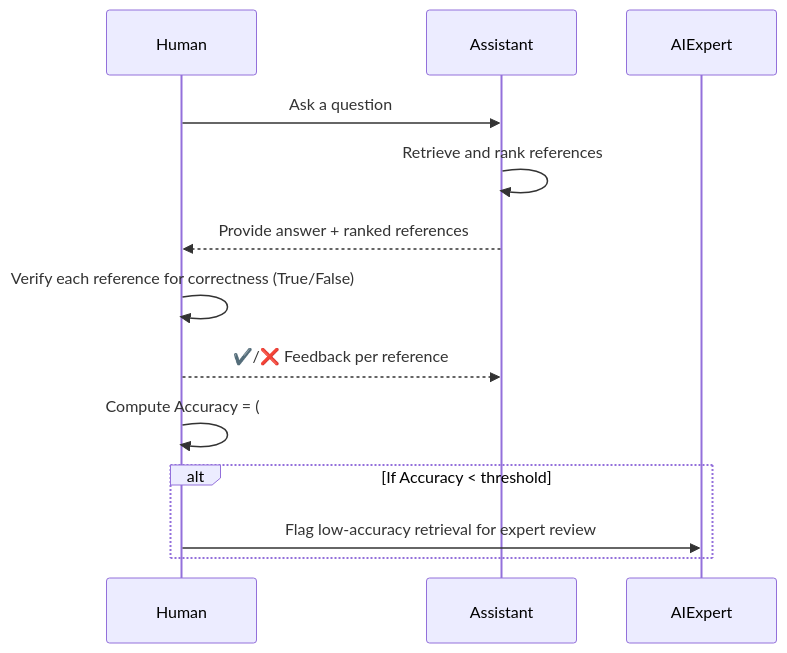
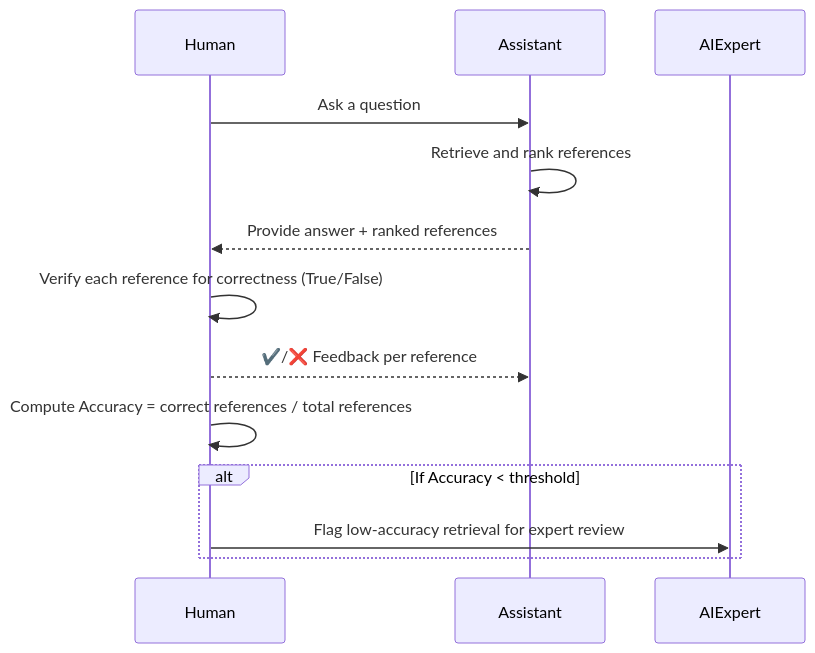
Before and after one commit to anhttmle/anhttmle.github.io: the third of 3 diagrams in _draft/C2B/[2] Evaluation.md, drawn with Mermaid.

Commit message:
Update [2] Evaluation.md

````diff
--- a/_draft/C2B/[2] Evaluation.md
+++ b/_draft/C2B/[2] Evaluation.md
@@ -59,17 +59,17 @@
 ```mermaid
 sequenceDiagram
     participant Human
     participant Assistant
     participant AIExpert
 
     Human->>Assistant: Ask a question
     Assistant->>Assistant: Retrieve and rank references
     Assistant-->>Human: Provide answer + ranked references
     Human->>Human: Verify each reference for correctness (True/False)
     Human-->>Assistant: ✔️/❌ Feedback per reference
-    Human->>Human: Compute Accuracy = (# correct references) / (total references)
+    Human->>Human: Compute Accuracy = correct references / total references
     alt If Accuracy < threshold
         Human->>AIExpert: Flag low-accuracy retrieval for expert review
     end
 
 ```
````
